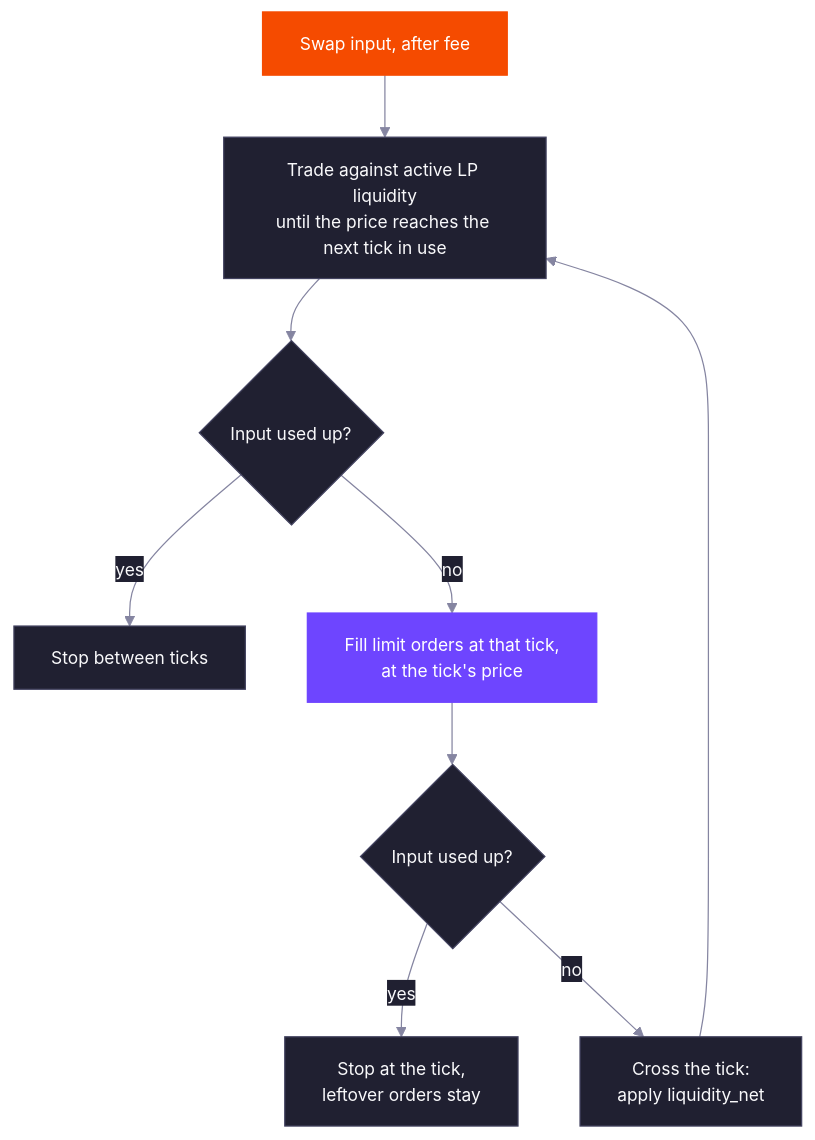
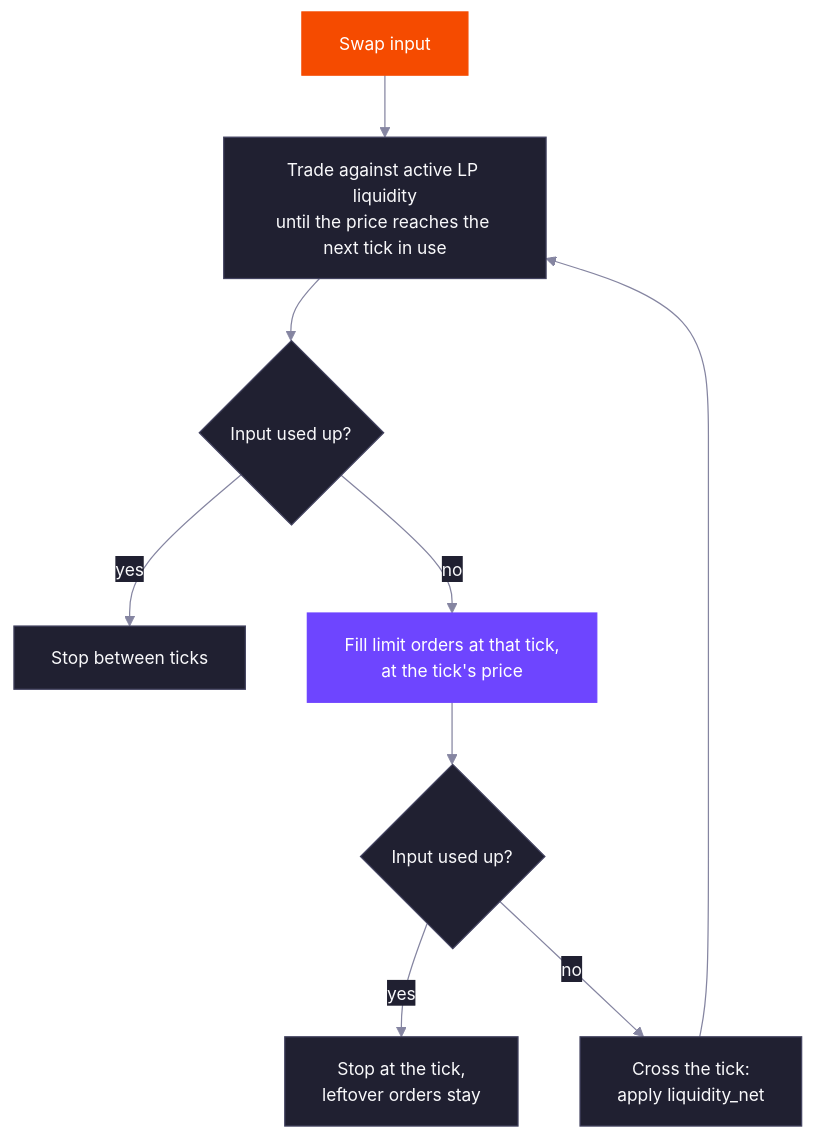
The diagram in core-products/dlmm-pro/ticks-and-liquidity.mdx (MeteoraAg/docs), drawn with Mermaid before and after one commit. The commit also changed other lines of this file and 7 other files, not shown here.

````diff
--- a/core-products/dlmm-pro/ticks-and-liquidity.mdx
+++ b/core-products/dlmm-pro/ticks-and-liquidity.mdx
@@ -64,16 +64,16 @@
 ```mermaid
 %%{init: {"theme": "base", "themeVariables": {"fontFamily": "Inter, ui-sans-serif, system-ui", "fontSize": "14px", "primaryColor": "#202031", "primaryTextColor": "#F9F9FB", "primaryBorderColor": "#434360", "lineColor": "#8585A1", "textColor": "#8585A1", "edgeLabelBackground": "#202031", "clusterBkg": "#12121C", "clusterBorder": "#2A2A3C"}}}%%
 flowchart TD
-  start["Swap input, after fee"] --> lp["Trade against active LP liquidity<br/>until the price reaches the next tick in use"]
+  start["Swap input"] --> lp["Trade against active LP liquidity<br/>until the price reaches the next tick in use"]
   lp --> done1{"Input used up?"}
   done1 -- "yes" --> stop["Stop between ticks"]
   done1 -- "no" --> orders["Fill limit orders at that tick,<br/>at the tick's price"]
   orders --> done2{"Input used up?"}
   done2 -- "yes" --> stay["Stop at the tick,<br/>leftover orders stay"]
   done2 -- "no" --> cross["Cross the tick:<br/>apply liquidity_net"]
   cross --> lp
   classDef accent fill:#F54B00,stroke:#F54B00,color:#FFFFFF
   classDef violet fill:#6E45FF,stroke:#6E45FF,color:#FFFFFF
   class start accent
   class orders violet
 ```
````
